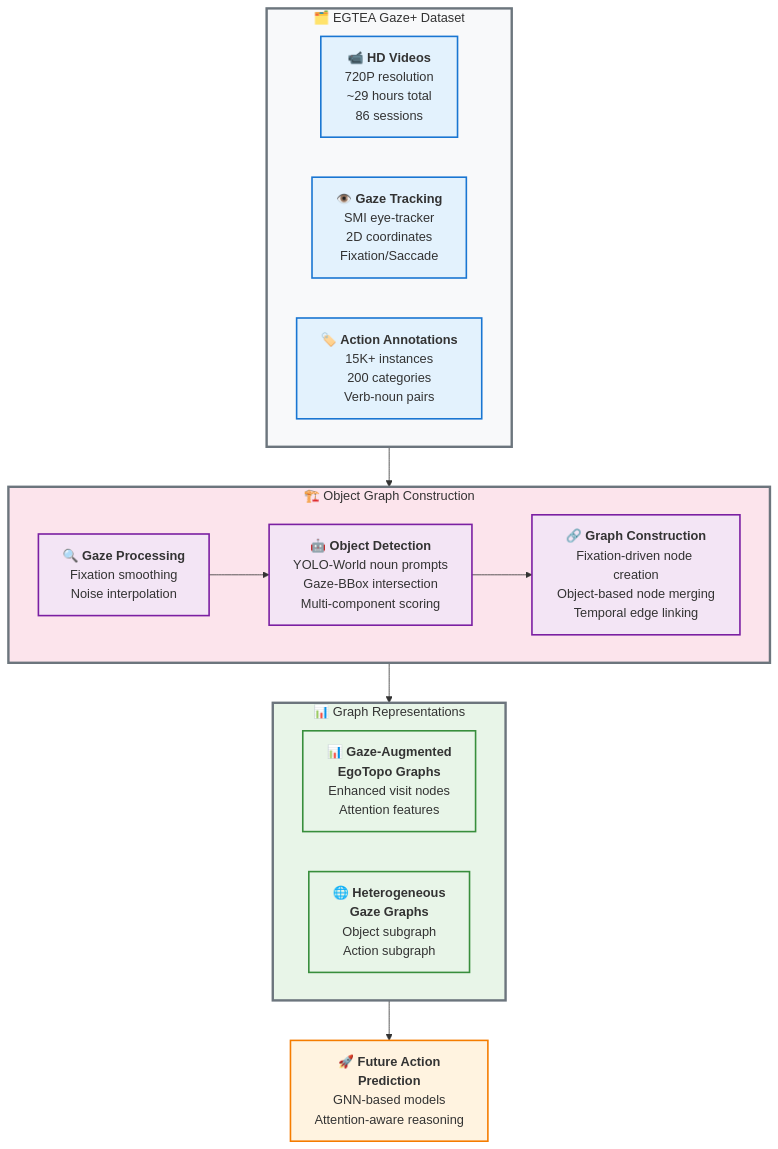
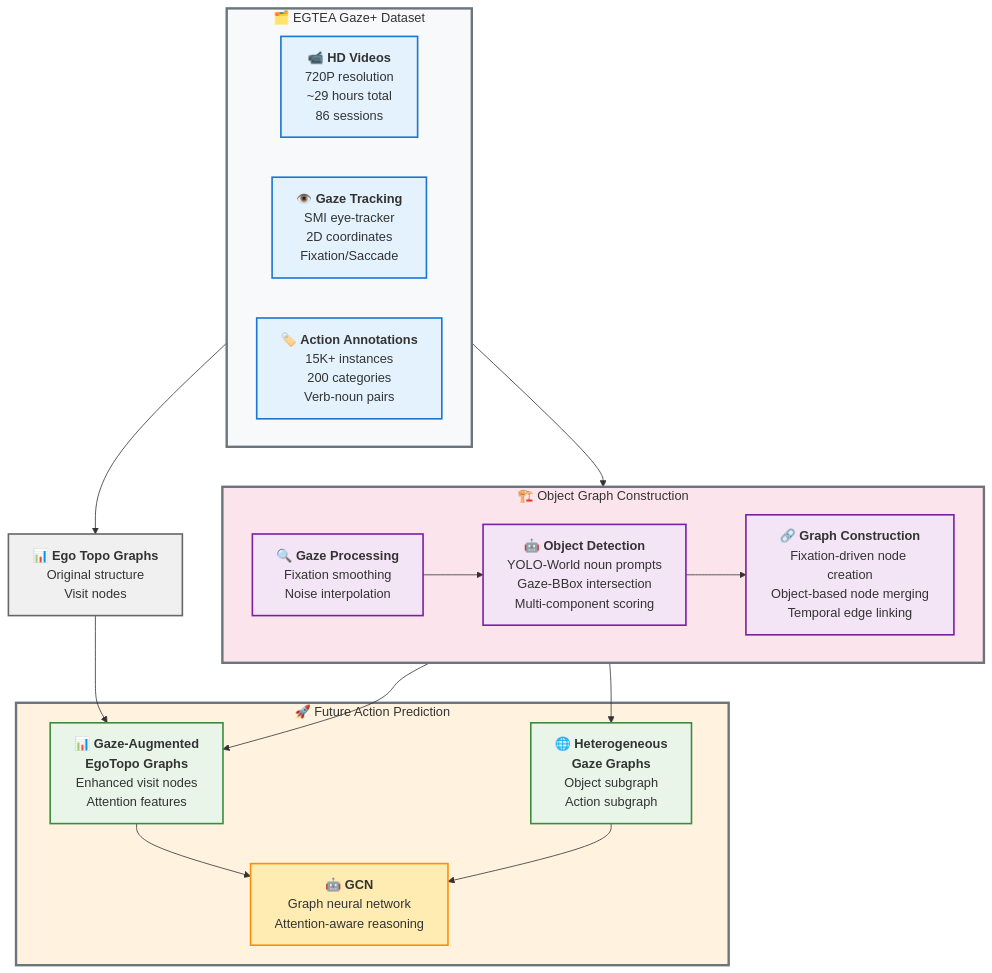
One commit to tavis-siebert/gaze-guided-scene changed the diagram in figures/graph-construction-overview.md. Above: the diagram before and after it, drawn with Mermaid.

Commit message:
feat(figures): restructure prediction pipeline with GCN integration
- Create unified Future Action Prediction container
- Add external Ego Topo Graphs node with enhancement flow
- Include GCN node with dual input connections
- Update styling for clear component distinction
- Show internal graph processing relationships

````diff
--- a/figures/graph-construction-overview.md
+++ b/figures/graph-construction-overview.md
@@ -43,9 +43,13 @@
         E --> F
     end
     
-    %% Output Representations - Third level
-    subgraph Outputs["📊 Graph Representations"]
-        direction LR
+    %% External Graph Representation
+    J["`📊 **Ego Topo Graphs**
+    Original structure
+    Visit nodes`"]
+    
+    %% Future Action Prediction - Third level
+    subgraph Prediction["🚀 Future Action Prediction"]
         G["`📊 **Gaze-Augmented
         EgoTopo Graphs**
         Enhanced visit nodes
@@ -55,33 +59,39 @@
         Gaze Graphs**
         Object subgraph
         Action subgraph`"]
+        
+        I["`🤖 **GCN**
+        Graph neural network
+        Attention-aware reasoning`"]
+        
+        %% Internal connections
+        G --> I
+        H --> I
     end
-    
-    %% Downstream Tasks - Fourth level
-    I["`🚀 **Future Action
-    Prediction**
-    GNN-based models
-    Attention-aware reasoning`"]
     
     %% Vertical flow connections
     Dataset --> Pipeline
-    Pipeline --> Outputs
-    Outputs --> I
+    Dataset --> J
+    Pipeline --> G
+    Pipeline --> H
+    J --> G
     
     %% Styling for academic presentation
     classDef dataset fill:#f8f9fa,stroke:#6c757d,stroke-width:3px
     classDef pipeline fill:#fce4ec,stroke:#6c757d,stroke-width:3px
-    classDef outputs fill:#e8f5e8,stroke:#6c757d,stroke-width:3px
+    classDef prediction fill:#fff3e0,stroke:#6c757d,stroke-width:3px
     classDef input fill:#e3f2fd,stroke:#1976d2,stroke-width:2px
     classDef processing fill:#f3e5f5,stroke:#7b1fa2,stroke-width:2px
     classDef output fill:#e8f5e8,stroke:#388e3c,stroke-width:2px
-    classDef task fill:#fff3e0,stroke:#f57c00,stroke-width:2px
+    classDef external fill:#f0f0f0,stroke:#666666,stroke-width:2px
+    classDef gcn fill:#ffecb3,stroke:#ff8f00,stroke-width:2px
     
     class Dataset dataset
     class Pipeline pipeline
-    class Outputs outputs
+    class Prediction prediction
     class A,B,C input
     class D,E,F processing
     class G,H output
-    class I task
+    class J external
+    class I gcn
 ```
````
